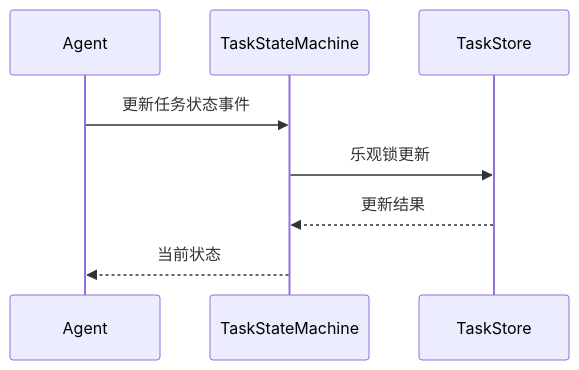
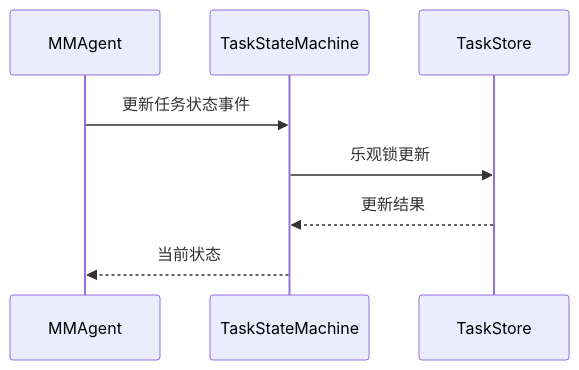
One commit to xyz11274/agentf changed diagram 14 of 17 in docs/REQUIREMENTS_ANALYSIS.md. Above: the diagram before and after it, drawn with Mermaid. The commit also changed other lines of this file and 106 other files, not shown here.

````diff
--- a/docs/REQUIREMENTS_ANALYSIS.md
+++ b/docs/REQUIREMENTS_ANALYSIS.md
@@ -406,10 +406,10 @@
 ```mermaid
 sequenceDiagram
-    participant Agent as Agent
+    participant MMAgent as MMAgent
     participant FSM as TaskStateMachine
     participant Store as TaskStore
-    Agent->>FSM: 更新任务状态事件
+    MMAgent->>FSM: 更新任务状态事件
     FSM->>Store: 乐观锁更新
     Store-->>FSM: 更新结果
-    FSM-->>Agent: 当前状态
+    FSM-->>MMAgent: 当前状态
 ```
````
